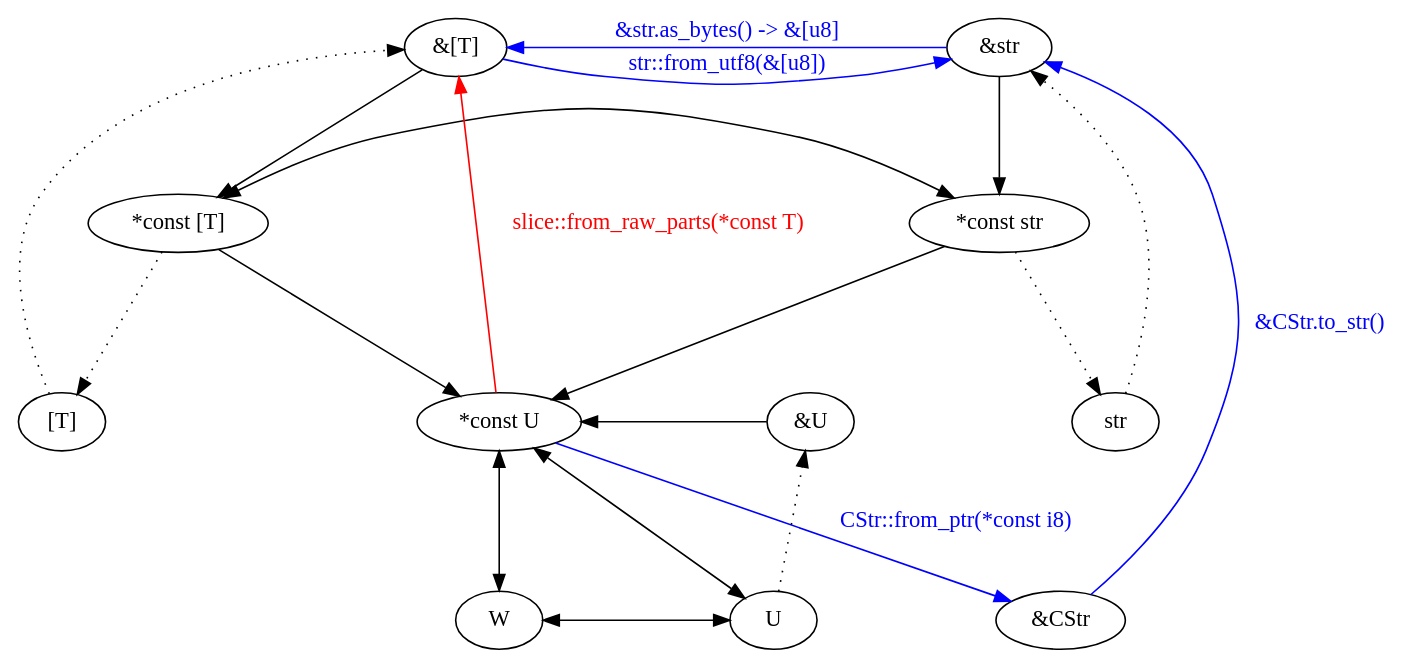
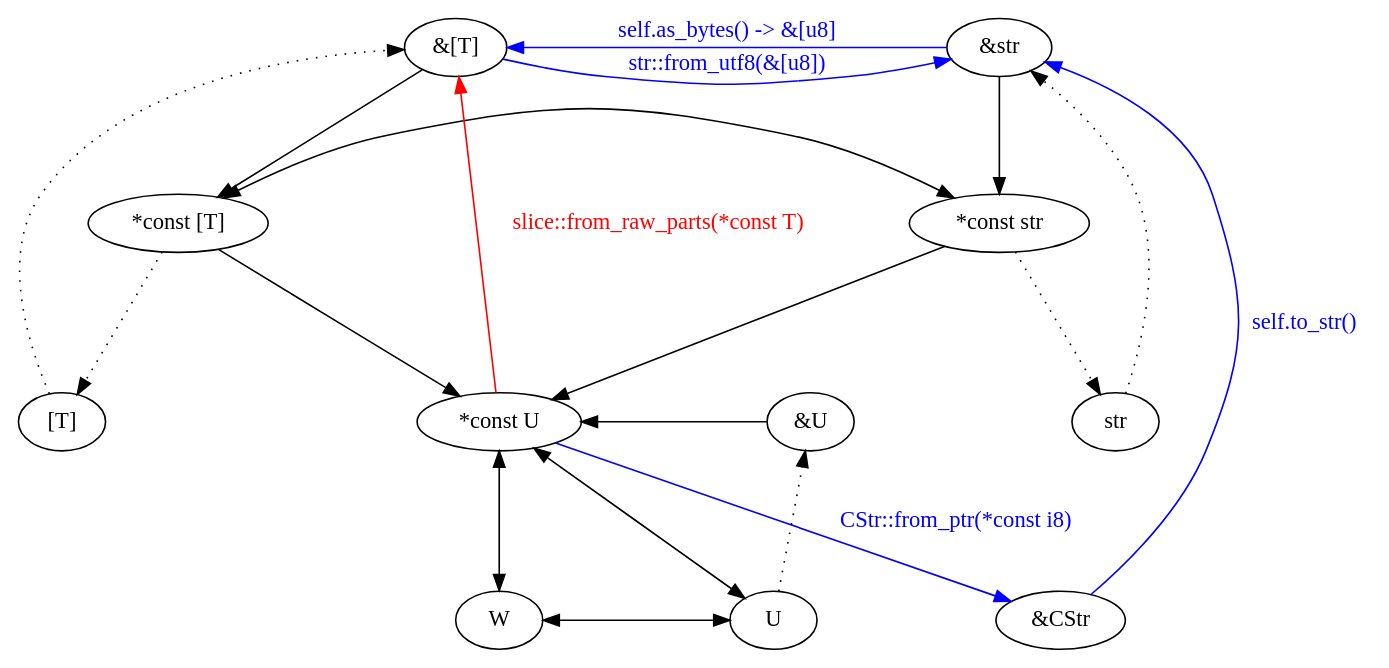
One commit to RioKato/unsafe-rust changed the diagram in cast.gv. Above: the diagram before and after it, drawn with Graphviz. The commit also changed 1 other file, not shown here.

```diff
--- a/cast.gv
+++ b/cast.gv
@@ -1,25 +1,25 @@
 digraph {
   {rank=same; "&[T]"; "&str";}
   {rank=same; "*const [T]"; "*const str";}
   {rank=same; "&U"; "*const U";}
   {rank=same; "U"; "W"; "&CStr";}
   {rank=same; "[T]"; "str";}
   ranksep=1
   nodesep=0.8
 
   "&[T]" -> "*const [T]" -> "*const U"
   "&str" -> "*const str" -> "*const U"
   "*const [T]" -> "*const str" [dir=both]
   "*const U" -> "W" -> "U" -> "*const U" [dir=both]
   "*const U" -> "&U" [dir=back]
 
   "U" -> "&U" [style=dotted]
   "*const [T]" -> "[T]" -> "&[T]" [style=dotted]
   "*const str" -> "str" -> "&str" [style=dotted]
 
   "*const U" -> "&[T]" [label="slice::from_raw_parts(*const T)", fontcolor=red, color=red]
   "*const U" -> "&CStr" [label="CStr::from_ptr(*const i8)", fontcolor=blue, color=blue]
-  "&CStr" -> "&str" [label="&CStr.to_str()", fontcolor=blue, color=blue]
+  "&CStr" -> "&str" [label="self.to_str()", fontcolor=blue, color=blue]
   "&[T]" -> "&str" [label="str::from_utf8(&[u8])", fontcolor=blue, color=blue]
-  "&str" -> "&[T]" [label="&str.as_bytes() -> &[u8]", fontcolor=blue, color=blue]
+  "&str" -> "&[T]" [label="self.as_bytes() -> &[u8]", fontcolor=blue, color=blue]
 }
```
